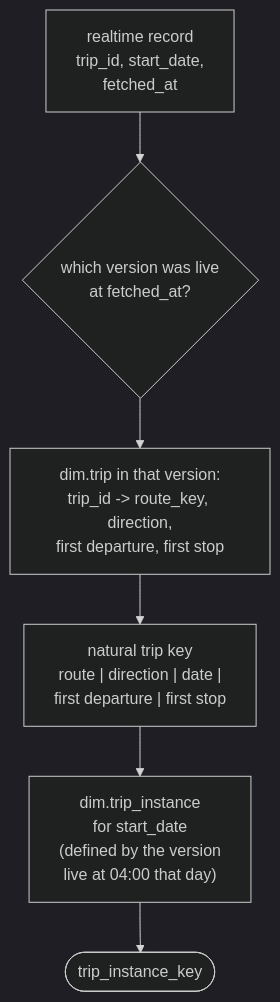
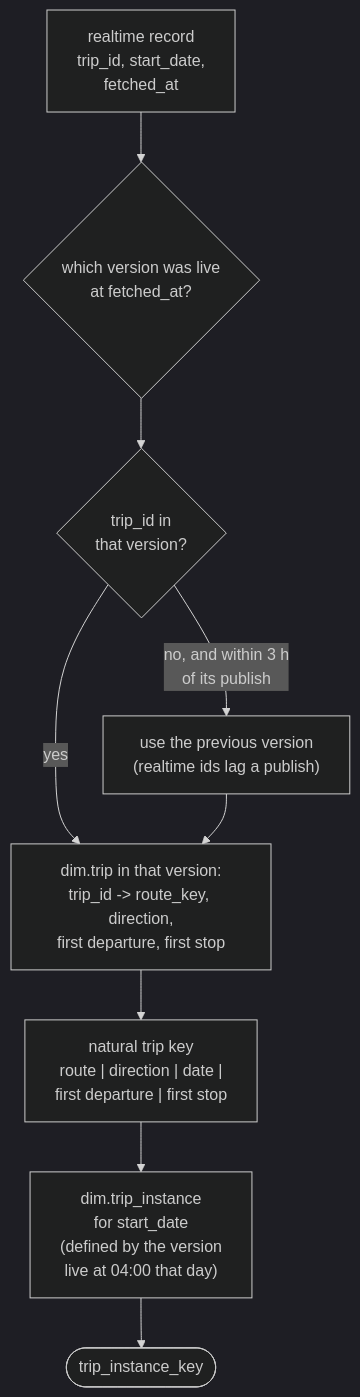
Before and after one commit to IronNathanAlvares/ghost-bus-radar: the second of 4 diagrams in docs/diagrams/03-timetable.md, drawn with Mermaid (dark theme). The commit also changed other lines of this file and 12 other files, not shown here.

First line of the commit message:
Match realtime ids to the previous timetable just after a publish (rules 5)

````diff
--- a/docs/diagrams/03-timetable.md
+++ b/docs/diagrams/03-timetable.md
@@ -59,8 +59,12 @@
 ```mermaid
 flowchart TB
     RT["realtime record<br/>trip_id, start_date,<br/>fetched_at"] --> V{"which version was live<br/>at fetched_at?"}
-    V --> T["dim.trip in that version:<br/>trip_id -> route_key, direction,<br/>first departure, first stop"]
+    V --> F{"trip_id in<br/>that version?"}
+    F -->|yes| T
+    F -->|"no, and within 3 h<br/>of its publish"| P["use the previous version<br/>(realtime ids lag a publish)"]
+    P --> T
+    T["dim.trip in that version:<br/>trip_id -> route_key, direction,<br/>first departure, first stop"]
     T --> K["natural trip key<br/>route | direction | date |<br/>first departure | first stop"]
     K --> I["dim.trip_instance<br/>for start_date<br/>(defined by the version<br/>live at 04:00 that day)"]
     I --> OUT(["trip_instance_key"])
 ```
````
